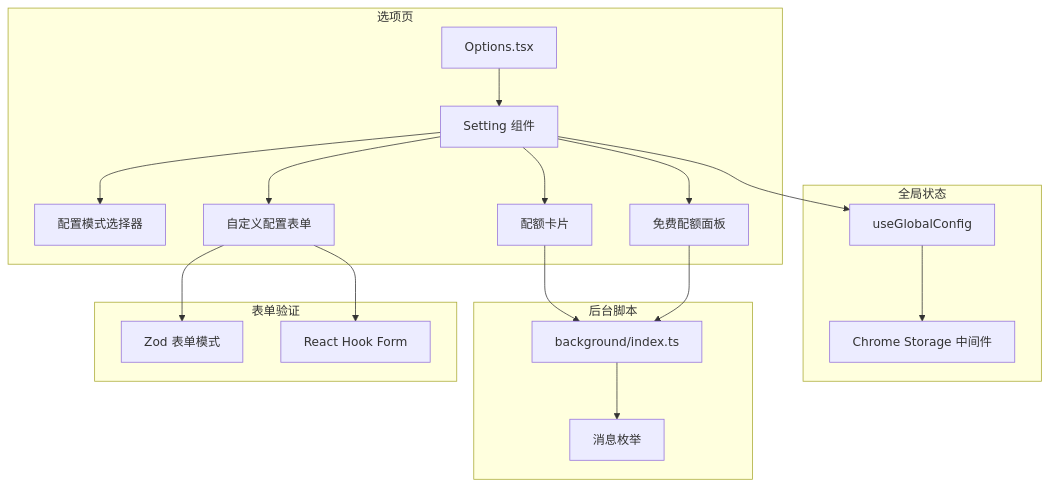
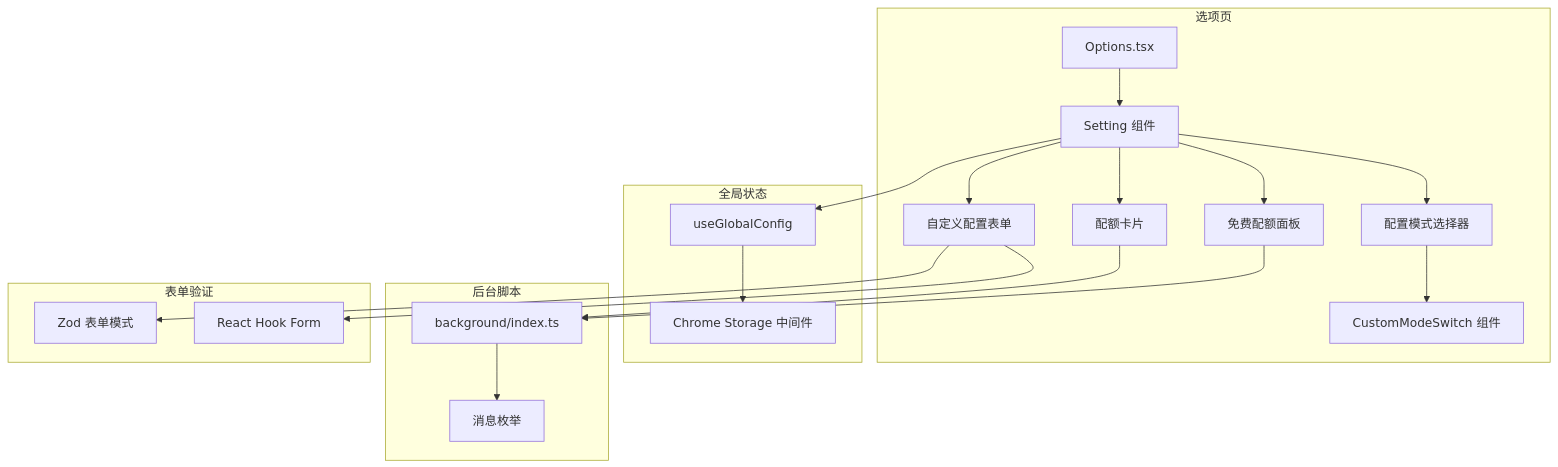
Before and after one commit to RadiumAg/bilibili-favorites: the first of 8 diagrams in .qoder/repowiki/zh/content/核心功能模块/配置管理系统.md, drawn with Mermaid. The commit also changed other lines of this file and 5 other files, not shown here.

````diff
--- a/.qoder/repowiki/zh/content/核心功能模块/配置管理系统.md
+++ b/.qoder/repowiki/zh/content/核心功能模块/配置管理系统.md
@@ -53,35 +55,37 @@
 ```mermaid
 graph TB
 subgraph "选项页"
 Options["Options.tsx"]
 Setting["Setting 组件"]
 ConfigMode["配置模式选择器"]
+CustomModeSwitch["CustomModeSwitch 组件"]
 CustomForm["自定义配置表单"]
 QuotaCard["配额卡片"]
 FreePanel["免费配额面板"]
 end
 subgraph "全局状态"
 GlobalStore["useGlobalConfig"]
 StorageMW["Chrome Storage 中间件"]
 end
 subgraph "后台脚本"
 Background["background/index.ts"]
 MessageEnum["消息枚举"]
 end
 subgraph "表单验证"
 FormSchema["Zod 表单模式"]
 FormProvider["React Hook Form"]
 end
 Options --> Setting
 Setting --> ConfigMode
+ConfigMode --> CustomModeSwitch
 Setting --> CustomForm
 Setting --> QuotaCard
 Setting --> FreePanel
 Setting --> GlobalStore
 GlobalStore --> StorageMW
 CustomForm --> FormSchema
 CustomForm --> FormProvider
 QuotaCard --> Background
 FreePanel --> Background
 Background --> MessageEnum
 ```
````
